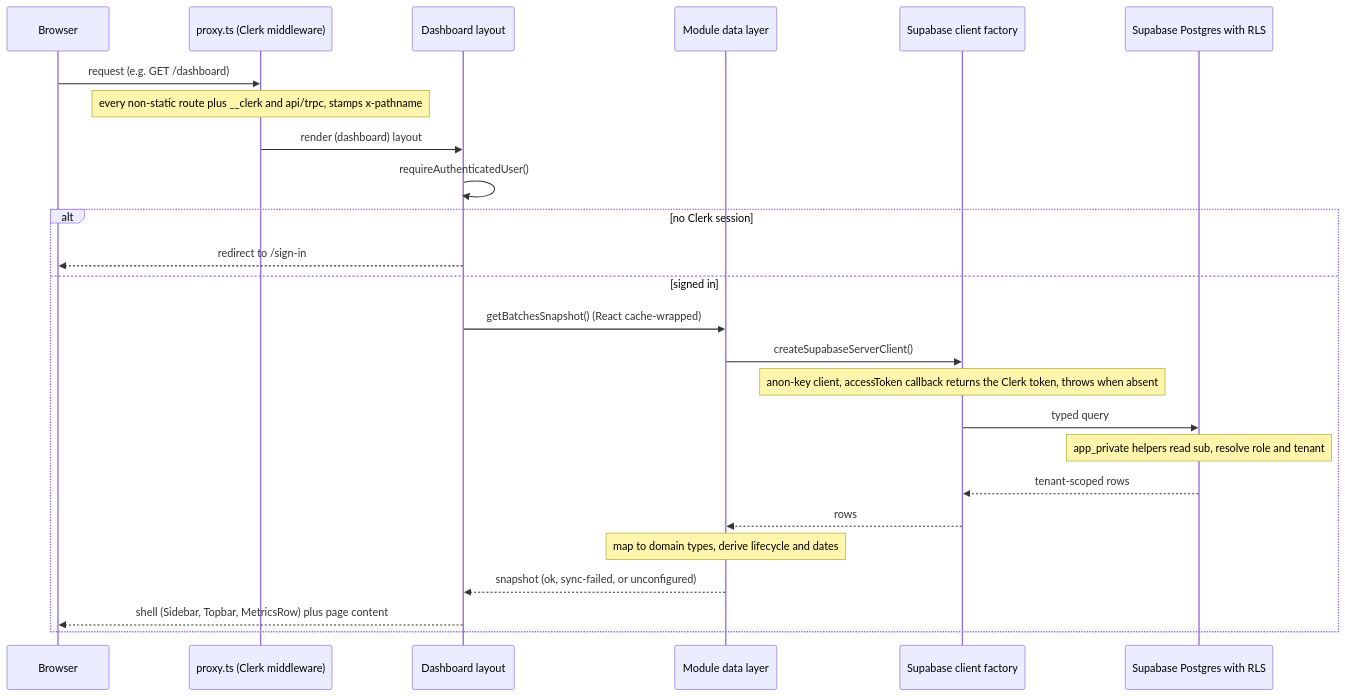
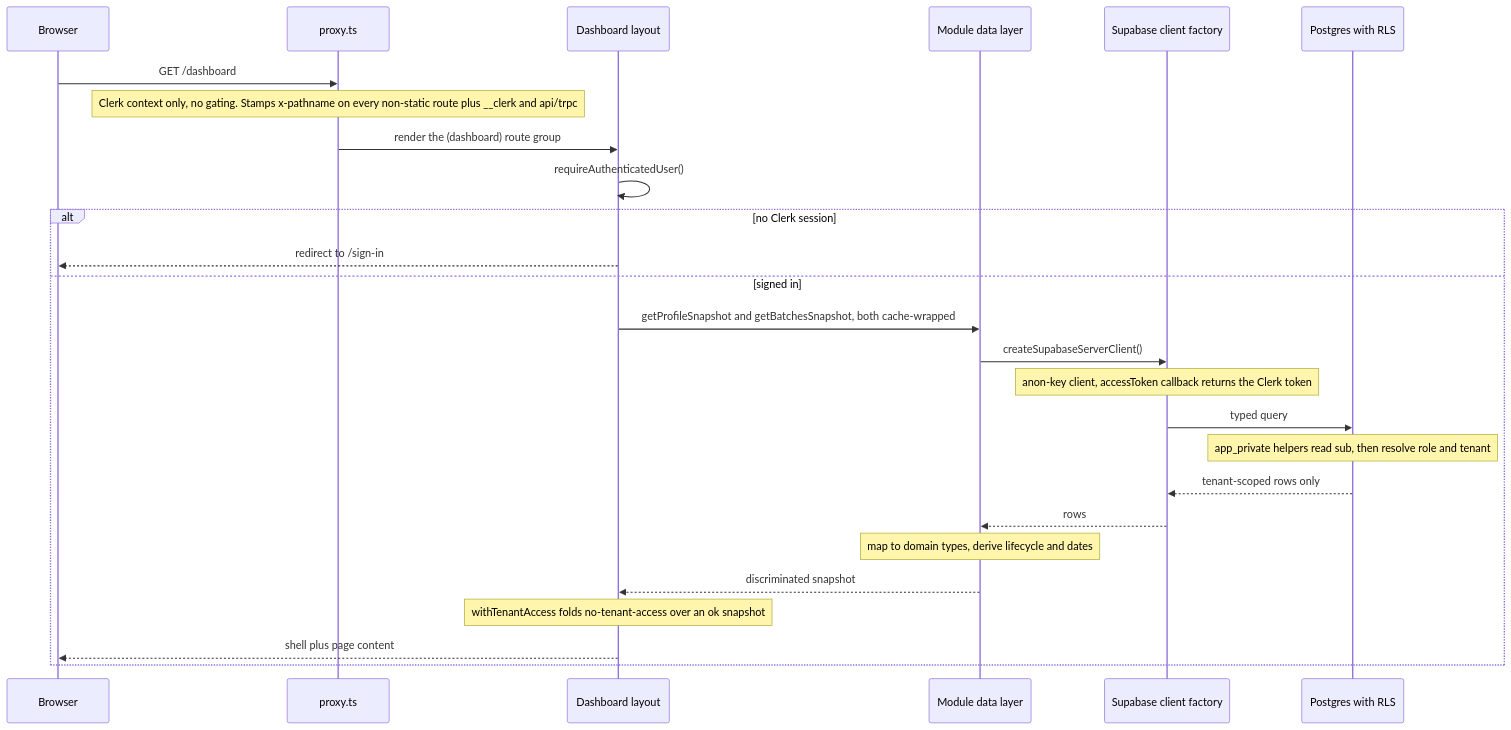
One commit to shuakyle21/tesda-compliance-manager changed the first of 2 diagrams in openwiki/architecture/overview.md. Above: the diagram before and after it, drawn with Mermaid. The commit also changed other lines of this file and 11 other files, not shown here.

````diff
--- a/openwiki/architecture/overview.md
+++ b/openwiki/architecture/overview.md
@@ -96,28 +115,29 @@
 ```mermaid
 sequenceDiagram
-    participant Browser
-    participant MW as proxy.ts (Clerk middleware)
+    participant B as Browser
+    participant MW as proxy.ts
     participant L as Dashboard layout
     participant D as Module data layer
     participant S as Supabase client factory
-    participant DB as Supabase Postgres with RLS
+    participant DB as Postgres with RLS
 
-    Browser->>MW: request (e.g. GET /dashboard)
-    Note over MW: every non-static route plus __clerk and api/trpc, stamps x-pathname
-    MW->>L: render (dashboard) layout
+    B->>MW: GET /dashboard
+    Note over MW: Clerk context only, no gating. Stamps x-pathname on every non-static route plus __clerk and api/trpc
+    MW->>L: render the (dashboard) route group
     L->>L: requireAuthenticatedUser()
     alt no Clerk session
-        L-->>Browser: redirect to /sign-in
+        L-->>B: redirect to /sign-in
     else signed in
-        L->>D: getBatchesSnapshot() (React cache-wrapped)
+        L->>D: getProfileSnapshot and getBatchesSnapshot, both cache-wrapped
         D->>S: createSupabaseServerClient()
-        Note over S: anon-key client, accessToken callback returns the Clerk token, throws when absent
+        Note over S: anon-key client, accessToken callback returns the Clerk token
         S->>DB: typed query
-        Note over DB: app_private helpers read sub, resolve role and tenant
-        DB-->>S: tenant-scoped rows
+        Note over DB: app_private helpers read sub, then resolve role and tenant
+        DB-->>S: tenant-scoped rows only
         S-->>D: rows
         Note over D: map to domain types, derive lifecycle and dates
-        D-->>L: snapshot (ok, sync-failed, or unconfigured)
-        L-->>Browser: shell (Sidebar, Topbar, MetricsRow) plus page content
+        D-->>L: discriminated snapshot
+        Note over L: withTenantAccess folds no-tenant-access over an ok snapshot
+        L-->>B: shell plus page content
     end
 ```
````
